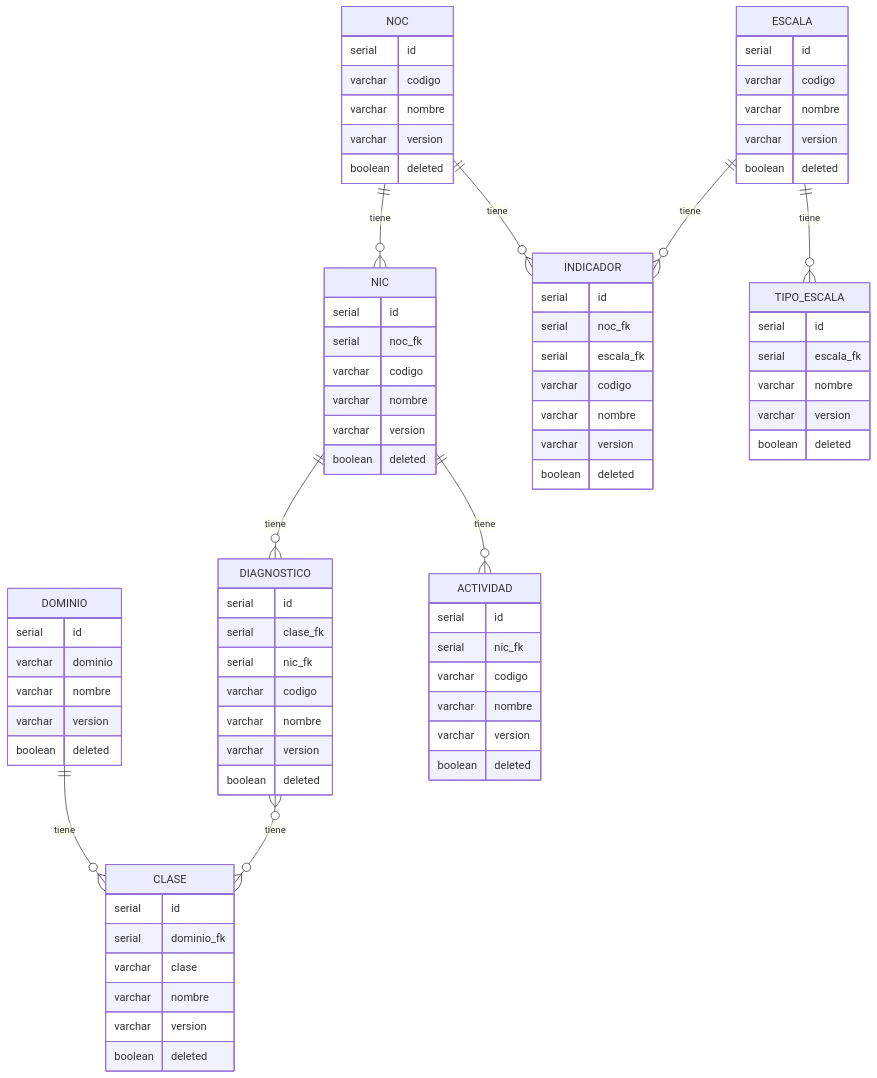
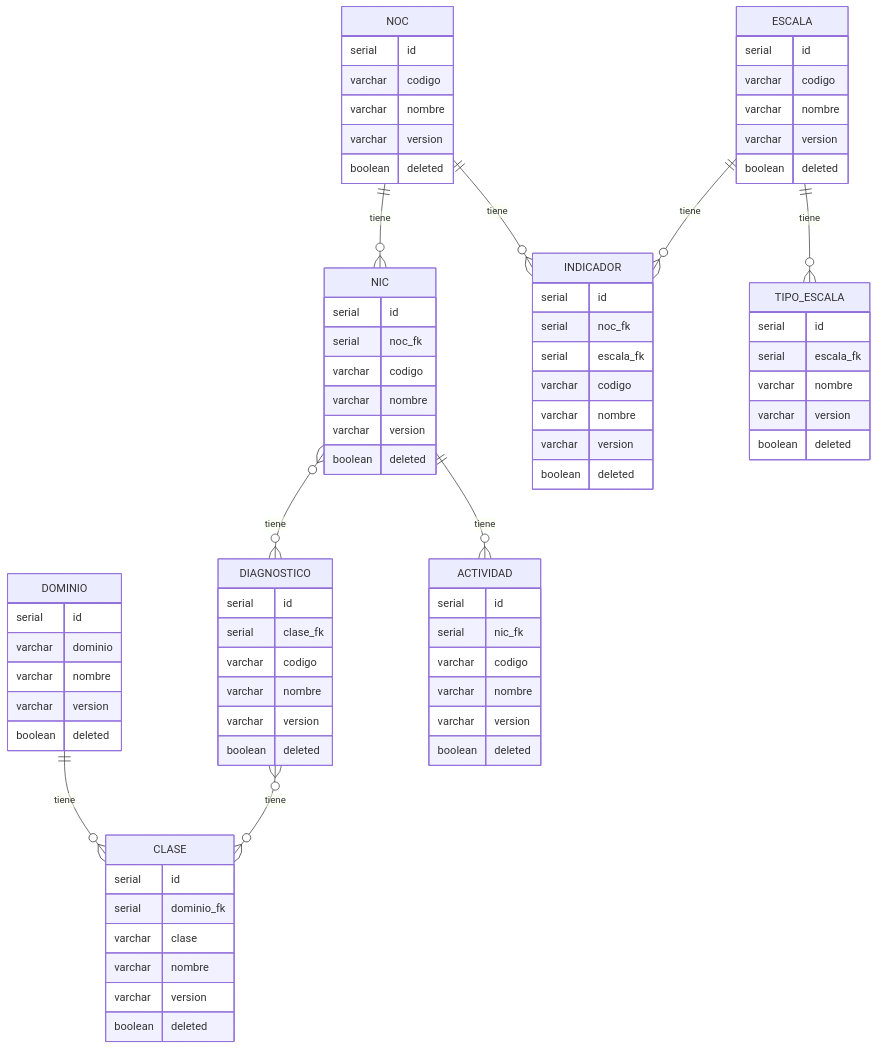
One commit to gaspect/binacle changed the diagram in assets/doc/mer.md. Above: the diagram before and after it, drawn with Mermaid. The commit also changed other lines of this file and 1 other file, not shown here.

Commit message:
Actualización de la documentación

```diff
--- a/assets/doc/mer.md
+++ b/assets/doc/mer.md
@@ -7,7 +7,7 @@
 erDiagram
      DOMINIO ||--o{ CLASE: tiene
      DIAGNOSTICO }o--o{ CLASE: tiene
-     NIC ||--o{ DIAGNOSTICO: tiene
+     NIC }o--o{ DIAGNOSTICO: tiene
      NOC ||--o{ NIC: tiene
      NIC ||--o{ ACTIVIDAD: tiene      
      NOC ||--o{ INDICADOR: tiene 
@@ -35,12 +35,16 @@
      DIAGNOSTICO{
          serial id
          serial clase_fk
-         serial nic_fk
          varchar codigo
          varchar nombre
          varchar version
          boolean deleted
      }
+     
+%%     DIAGNOSTICO_NIC{
+%%         serial diagnostico_fk
+%%         serial nic_k
+%%     }
      
      NIC{
          serial id
```
